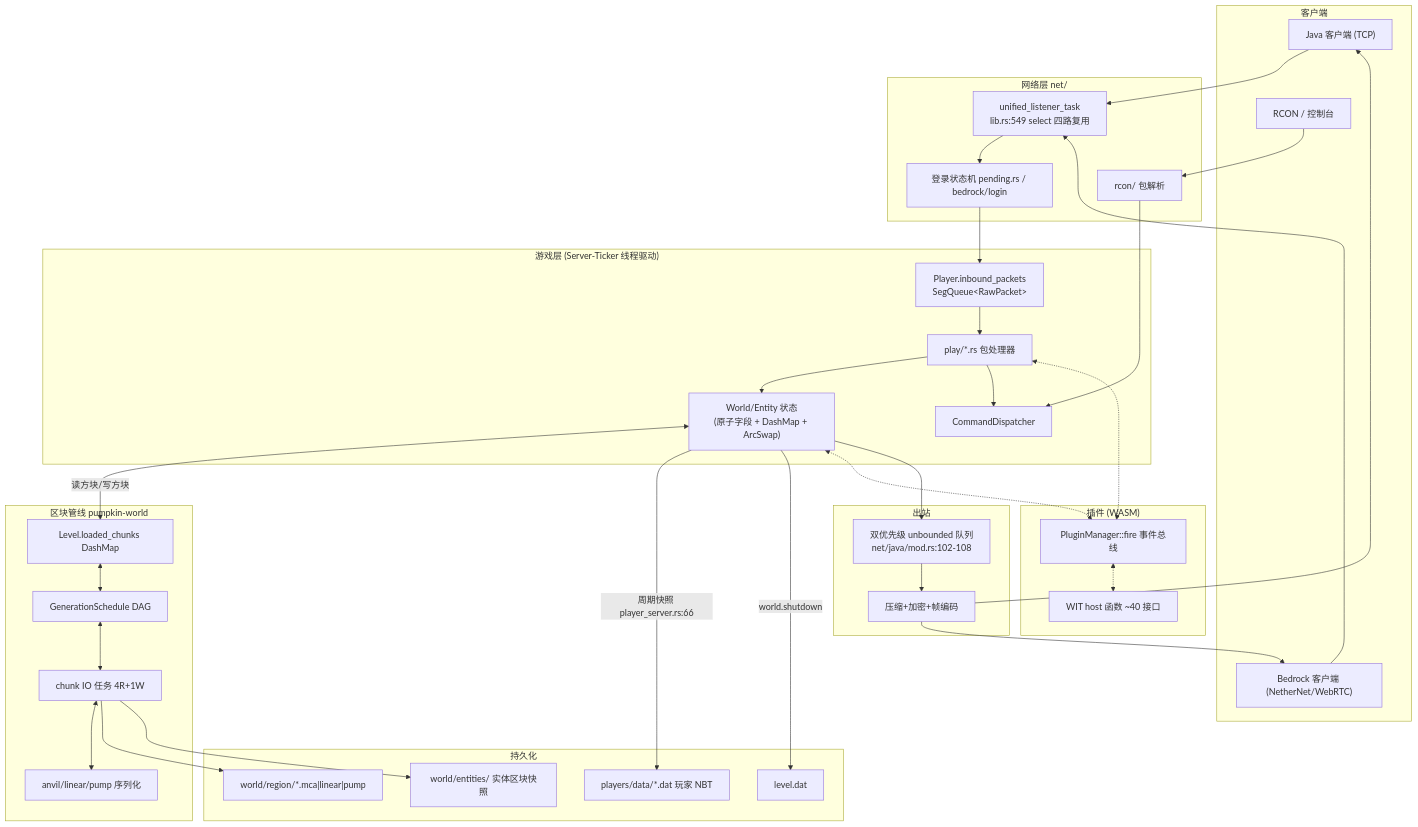
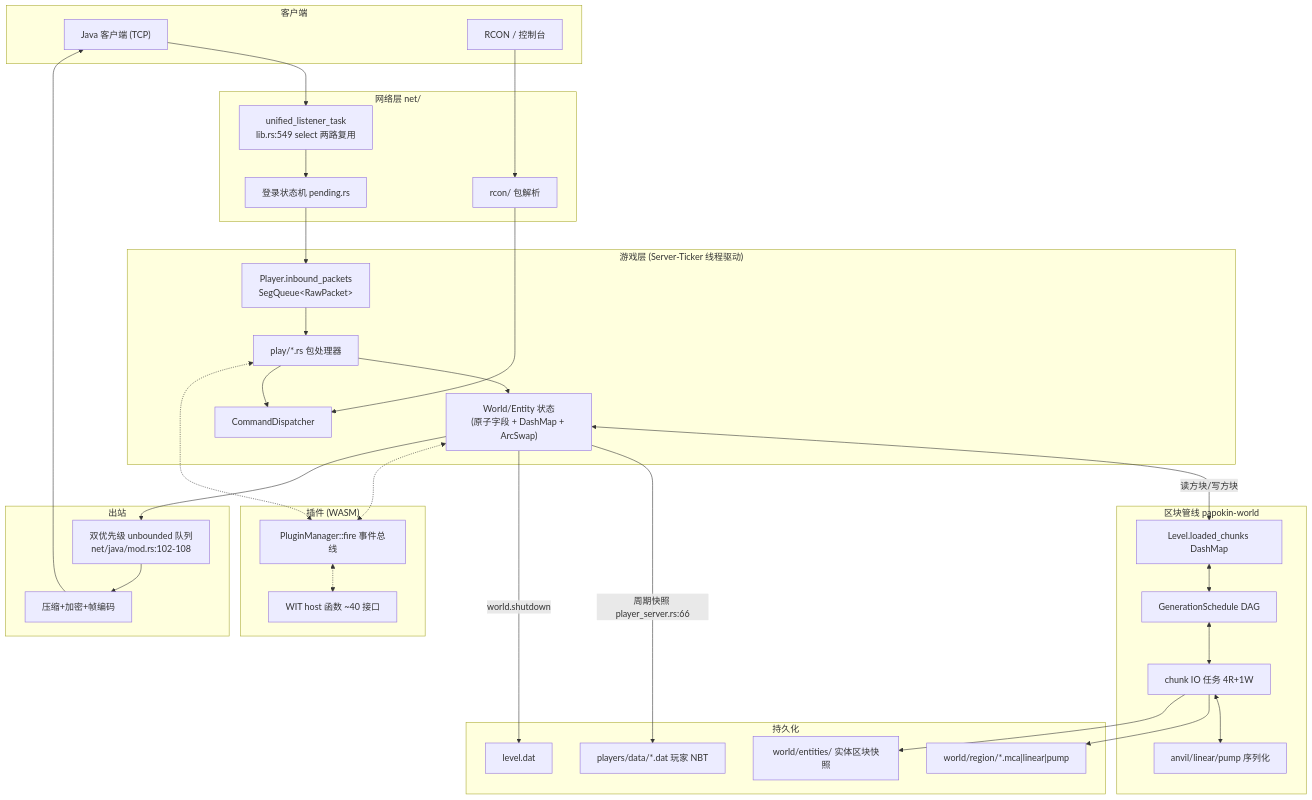
One commit to Quotidietium/Papokin changed the first of 6 diagrams in note/05-数据流.md. Above: the diagram before and after it, drawn with Mermaid. The commit also changed other lines of this file and 2 other files, not shown here.

````diff
--- a/note/05-数据流.md
+++ b/note/05-数据流.md
@@ -7,51 +7,50 @@
 ```mermaid
 flowchart TB
     subgraph CLIENTS["客户端"]
         JC["Java 客户端 (TCP)"]
-        BC["Bedrock 客户端 (NetherNet/WebRTC)"]
         RCONC["RCON / 控制台"]
     end
     subgraph NET["网络层 net/"]
-        ACC["unified_listener_task<br/>lib.rs:549 select 四路复用"]
-        LOGIN["登录状态机 pending.rs / bedrock/login"]
-        JC & BC --> ACC --> LOGIN
+        ACC["unified_listener_task<br/>lib.rs:549 select 两路复用"]
+        LOGIN["登录状态机 pending.rs"]
+        JC --> ACC --> LOGIN
         RCONC --> RCON["rcon/ 包解析"]
     end
     subgraph GAME["游戏层 (Server-Ticker 线程驱动)"]
         PKTQ["Player.inbound_packets<br/>SegQueue&lt;RawPacket&gt;"]
         HANDLERS["play/*.rs 包处理器"]
         WORLDST["World/Entity 状态<br/>(原子字段 + DashMap + ArcSwap)"]
         CMDD["CommandDispatcher"]
         LOGIN --> PKTQ --> HANDLERS --> WORLDST
         HANDLERS --> CMDD
         RCON --> CMDD
     end
-    subgraph CHUNK["区块管线 pumpkin-world"]
+    subgraph CHUNK["区块管线 papokin-world"]
         LVL["Level.loaded_chunks DashMap"]
         DAG["GenerationSchedule DAG"]
         IO["chunk IO 任务 4R+1W"]
         FMT["anvil/linear/pump 序列化"]
         LVL <--> DAG <--> IO <--> FMT
         WORLDST <-->|"读方块/写方块"| LVL
     end
     subgraph PERSIST["持久化"]
         REG["world/region/*.mca|linear|pump"]
         ENT["world/entities/ 实体区块快照"]
         PDAT["players/data/*.dat 玩家 NBT"]
         LVLDAT["level.dat"]
         IO --> REG & ENT
         WORLDST -->|"周期快照 player_server.rs:66"| PDAT
         WORLDST -->|"world.shutdown"| LVLDAT
     end
     subgraph PLUG["插件 (WASM)"]
         EVT["PluginManager::fire 事件总线"]
         WHOST["WIT host 函数 ~40 接口"]
         HANDLERS <-.-> EVT <-.-> WHOST
     end
     WORLDST <-.-> EVT
     subgraph OUT["出站"]
         OUTQ["双优先级 unbounded 队列<br/>net/java/mod.rs:102-108"]
         ENC["压缩+加密+帧编码"]
-        WORLDST --> OUTQ --> ENC --> JC & BC
+        WORLDST --> OUTQ --> ENC --> JC
     end
 ```
````
